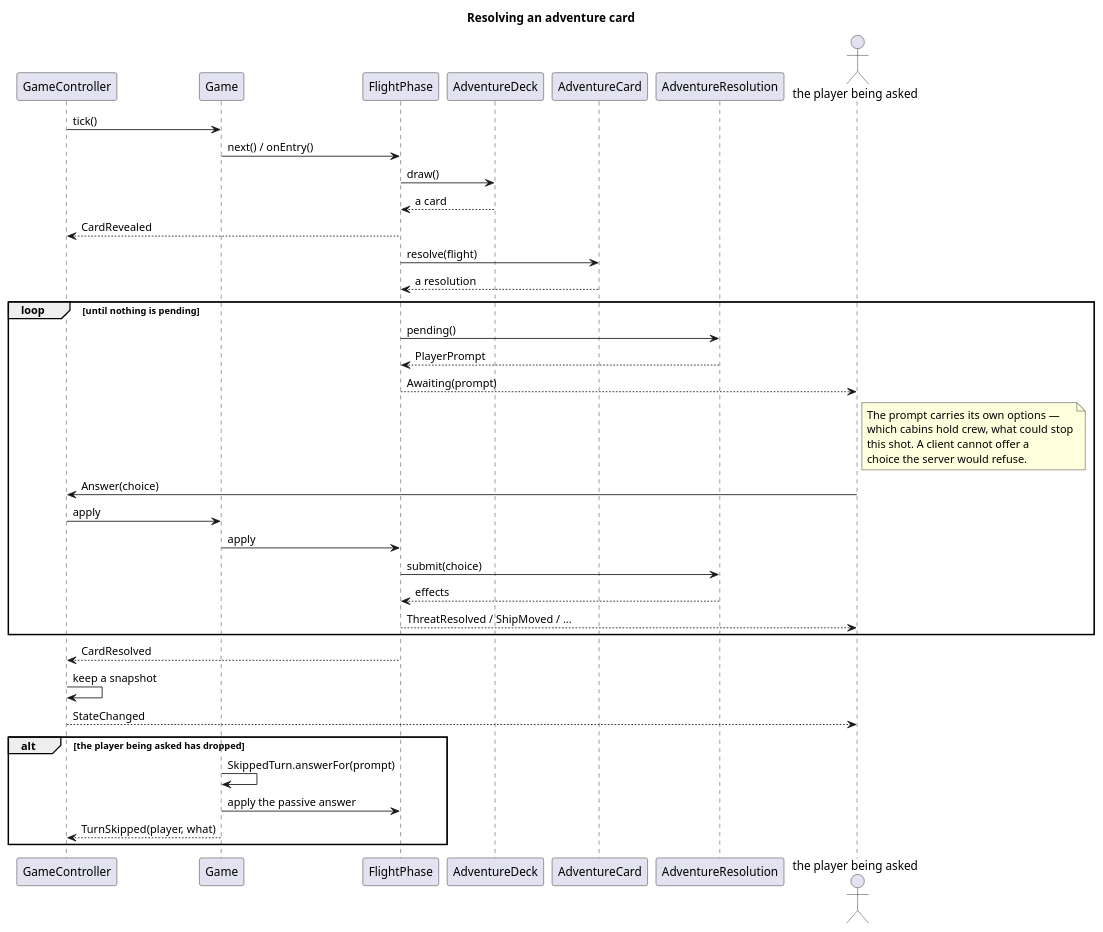
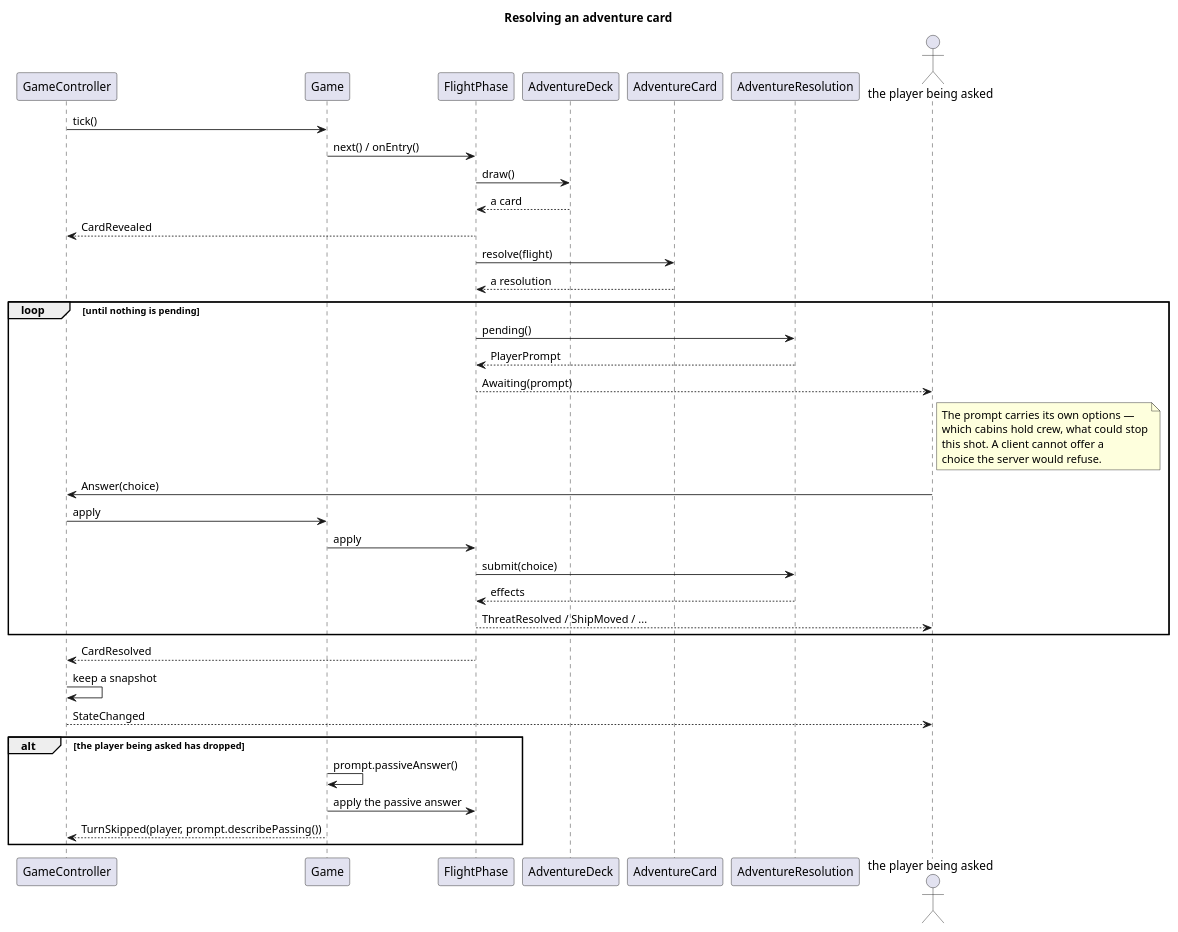
One commit to samuelesegrini/ing-sw-2025-segrini-terribile-varricchio-zanca changed the diagram in docs/uml/high-level/05-card.puml. Above: the diagram before and after it, drawn with PlantUML. The commit also changed 17 other files, not shown here.

```diff
--- a/docs/uml/high-level/05-card.puml
+++ b/docs/uml/high-level/05-card.puml
@@ -1,50 +1,50 @@
 @startuml 05-card
 ' Resolving one adventure card. Every card is a sequence of questions and the answers to
 ' them, which is why the whole flight is two commands.
 skinparam shadowing false
 title Resolving an adventure card
 
 participant GameController as Controller
 participant Game
 participant FlightPhase as Phase
 participant AdventureDeck as Deck
 participant AdventureCard as Card
 participant AdventureResolution as Resolution
 actor "the player being asked" as Player
 
 Controller -> Game : tick()
 Game -> Phase : next() / onEntry()
 Phase -> Deck : draw()
 Deck --> Phase : a card
 Phase --> Controller : CardRevealed
 Phase -> Card : resolve(flight)
 Card --> Phase : a resolution
 
 loop until nothing is pending
   Phase -> Resolution : pending()
   Resolution --> Phase : PlayerPrompt
   Phase --> Player : Awaiting(prompt)
   note right of Player
     The prompt carries its own options —
     which cabins hold crew, what could stop
     this shot. A client cannot offer a
     choice the server would refuse.
   end note
   Player -> Controller : Answer(choice)
   Controller -> Game : apply
   Game -> Phase : apply
   Phase -> Resolution : submit(choice)
   Resolution --> Phase : effects
   Phase --> Player : ThreatResolved / ShipMoved / ...
 end
 
 Phase --> Controller : CardResolved
 Controller -> Controller : keep a snapshot
 Controller --> Player : StateChanged
 
 alt the player being asked has dropped
-  Game -> Game : SkippedTurn.answerFor(prompt)
+  Game -> Game : prompt.passiveAnswer()
   Game -> Phase : apply the passive answer
-  Game --> Controller : TurnSkipped(player, what)
+  Game --> Controller : TurnSkipped(player, prompt.describePassing())
 end
 @enduml
```
